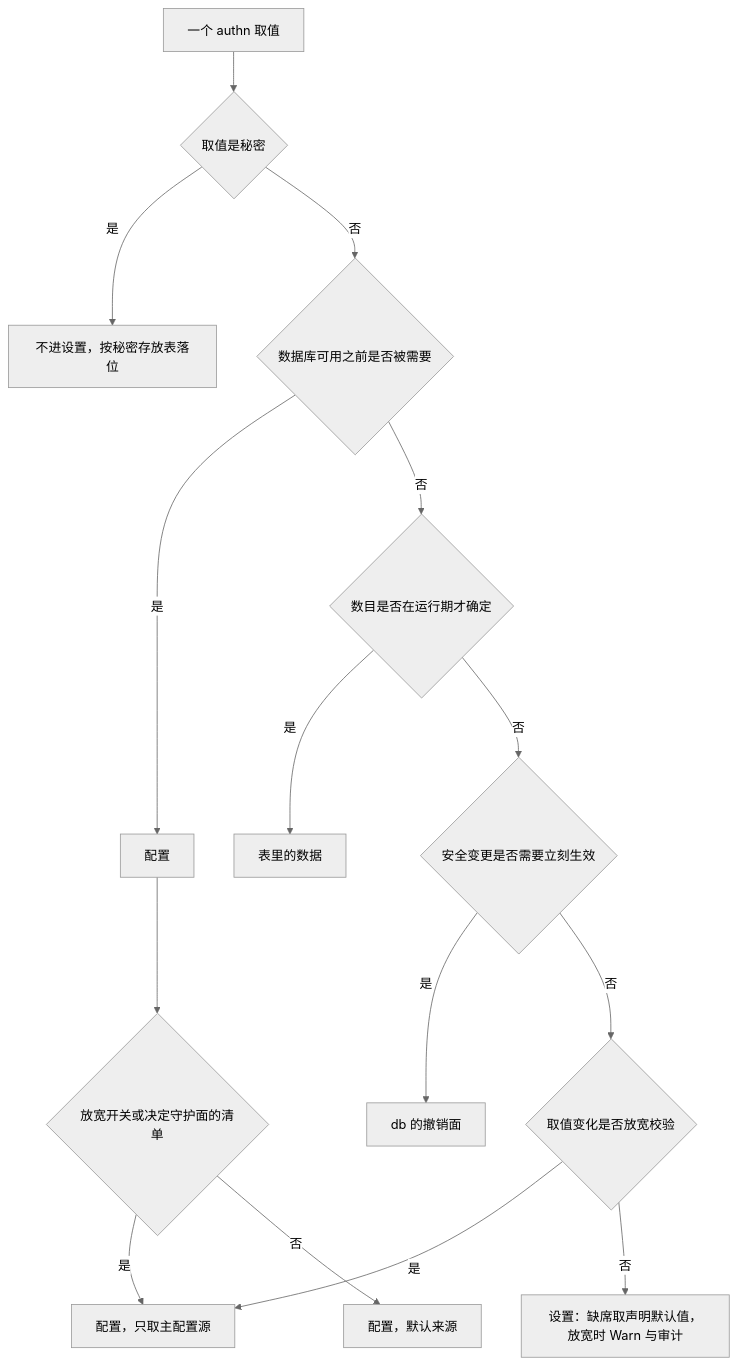
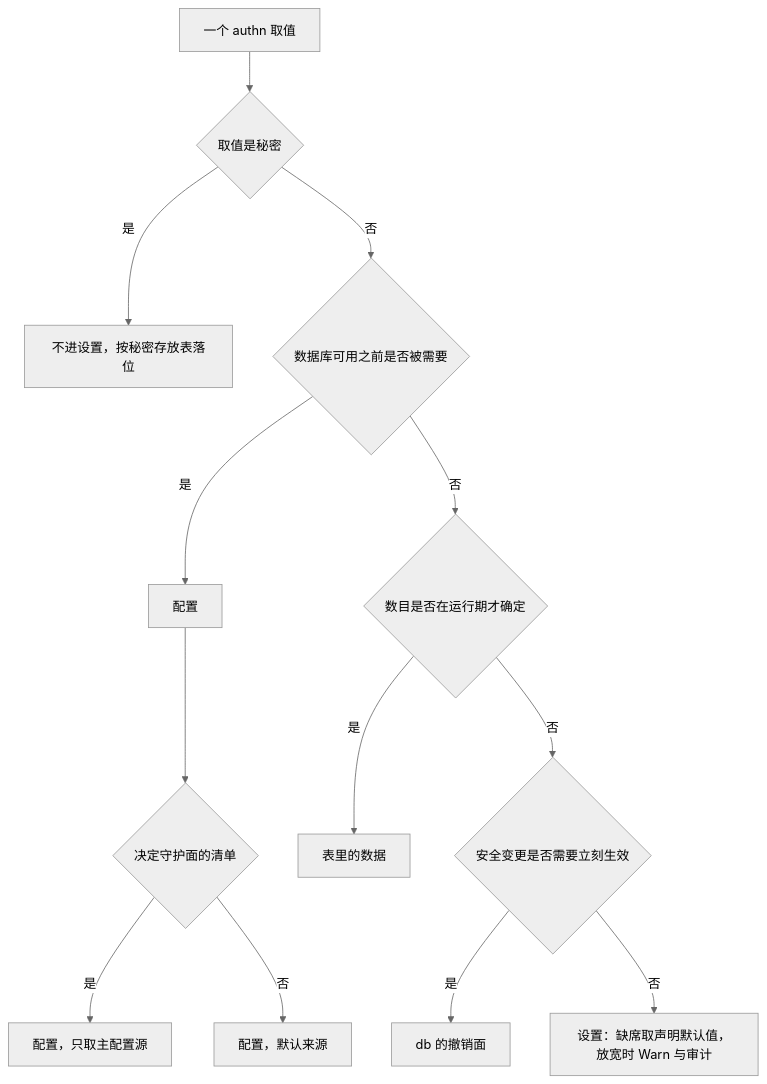
The second of 3 diagrams in docs/design/modules/authn/design-authn-config.md (wangzw/speed), drawn with Mermaid (neutral theme) before and after one commit. The commit also changed other lines of this file and 14 other files, not shown here.

````diff
--- a/docs/design/modules/authn/design-authn-config.md
+++ b/docs/design/modules/authn/design-authn-config.md
@@ -378,17 +380,15 @@
 ```mermaid
 flowchart TD
     V["一个 authn 取值"] --> Q0{"取值是秘密"}
     Q0 -- 是 --> SEC["不进设置，按秘密存放表落位"]
     Q0 -- 否 --> Q1{"数据库可用之前是否被需要"}
     Q1 -- 是 --> C["配置"]
     Q1 -- 否 --> Q2{"数目是否在运行期才确定"}
     Q2 -- 是 --> D["表里的数据"]
     Q2 -- 否 --> Q3{"安全变更是否需要立刻生效"}
     Q3 -- 是 --> R["db 的撤销面"]
-    Q3 -- 否 --> Q4{"取值变化是否放宽校验"}
-    Q4 -- 是 --> M["配置，只取主配置源"]
-    Q4 -- 否 --> S["设置：缺席取声明默认值，放宽时 Warn 与审计"]
-    C --> Q5{"放宽开关或决定守护面的清单"}
-    Q5 -- 是 --> M
+    Q3 -- 否 --> S["设置：缺席取声明默认值，放宽时 Warn 与审计"]
+    C --> Q5{"决定守护面的清单"}
+    Q5 -- 是 --> M["配置，只取主配置源"]
     Q5 -- 否 --> O["配置，默认来源"]
 ```
````
